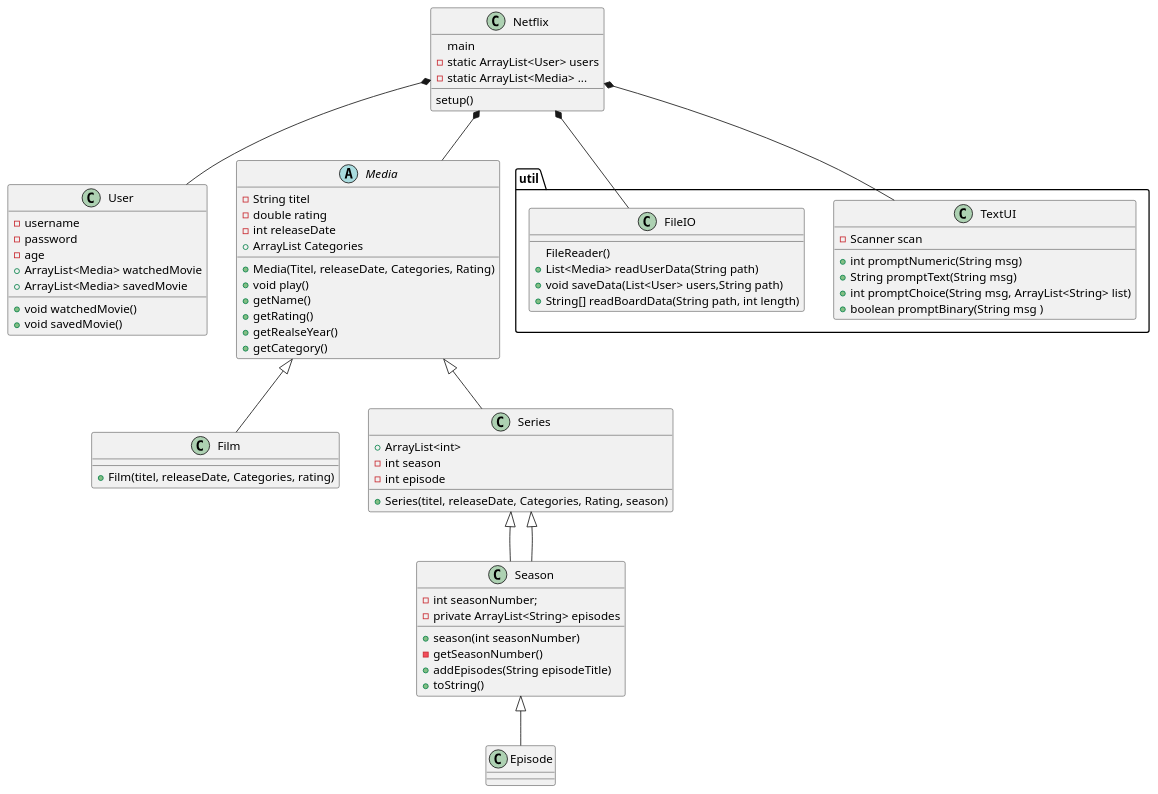
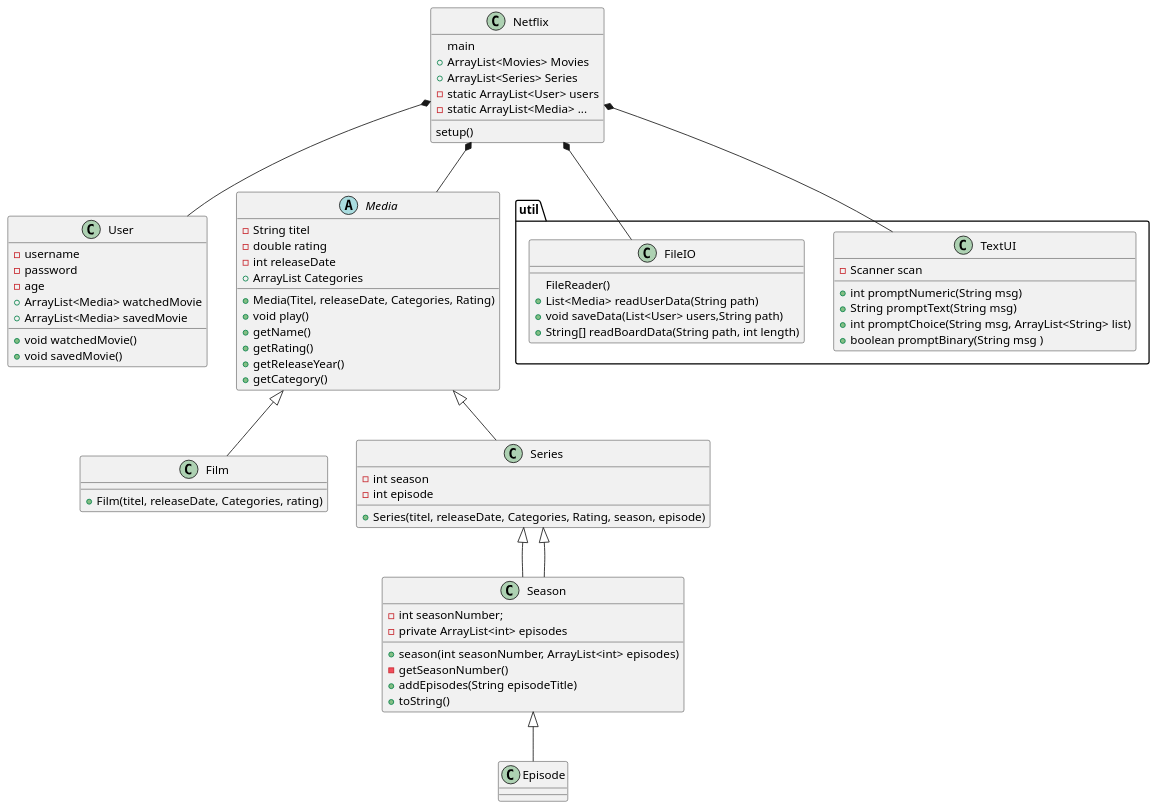
The diagram in SP3/UML/netflix.puml (suzi558/SP3-333), drawn with PlantUML before and after one commit. The commit also changed 4 other files, not shown here.

```diff
--- a/SP3/UML/netflix.puml
+++ b/SP3/UML/netflix.puml
@@ -1,76 +1,77 @@
 @startuml
 'https://plantuml.com/class-diagram
 
 class Netflix{
 main
 setup()
++ArrayList<Movies> Movies
++ArrayList<Series> Series
 -static ArrayList<User> users
 -static ArrayList<Media> ...
 }
 class User{
 - username
 - password
 - age
 + ArrayList<Media> watchedMovie
 + ArrayList<Media> savedMovie
 + void watchedMovie()
 + void savedMovie()
  }
 
 abstract class Media{
 -String titel
 -double rating
 -int releaseDate
  +ArrayList Categories
  +Media(Titel, releaseDate, Categories, Rating)
  + void play()
  +getName()
  +getRating()
- +getRealseYear()
+ +getReleaseYear()
  +getCategory()
 
 }
 class Film{
 +Film(titel, releaseDate, Categories, rating)
 }
 class Series {
-+ ArrayList<int>
 -int season
 -int episode
-+Series(titel, releaseDate, Categories, Rating, season)
++Series(titel, releaseDate, Categories, Rating, season, episode)
 }
 class Season extends Series{
 -int seasonNumber;
--private ArrayList<String> episodes
-+season(int seasonNumber)
+-private ArrayList<int> episodes
++season(int seasonNumber, ArrayList<int> episodes)
 -getSeasonNumber()
 +addEpisodes(String episodeTitle)
 +toString()
 }
 
 
 package "util"{
 class TextUI{
 -Scanner scan
 + int promptNumeric(String msg)
 + String promptText(String msg)
 + int promptChoice(String msg, ArrayList<String> list)
 + boolean promptBinary(String msg )
 }
 class FileIO{
 FileReader()
 +List<Media> readUserData(String path)
 +void saveData(List<User> users,String path)
 +String[] readBoardData(String path, int length)
     }
 }
 
 Netflix *-- User
 Netflix *-- Media
 Media <|-- Film
 Media <|-- Series
 Series <|-- Season
 Season <|-- Episode
 Netflix *-- FileIO
 Netflix *-- TextUI
 @enduml
```
